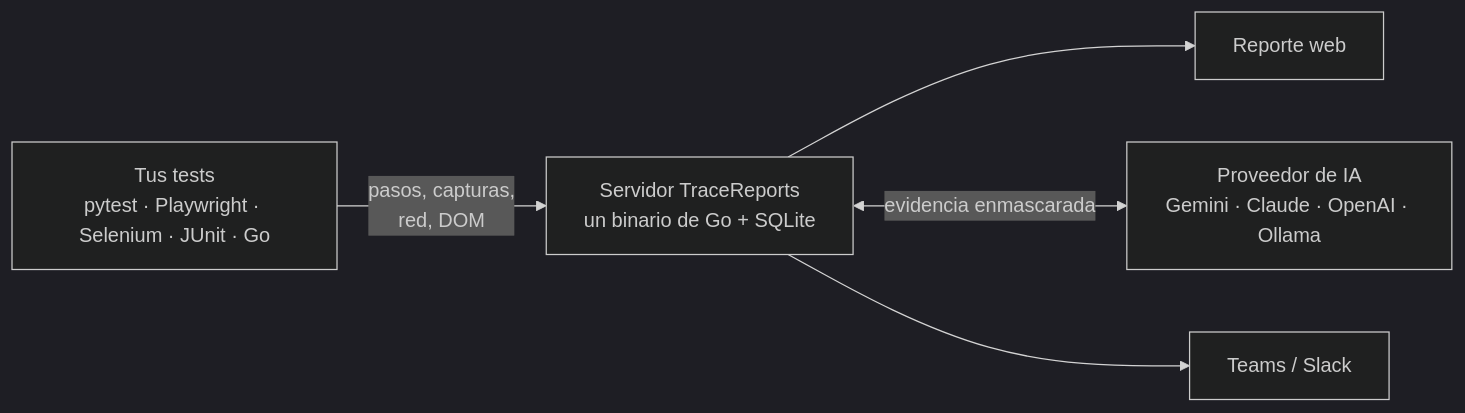
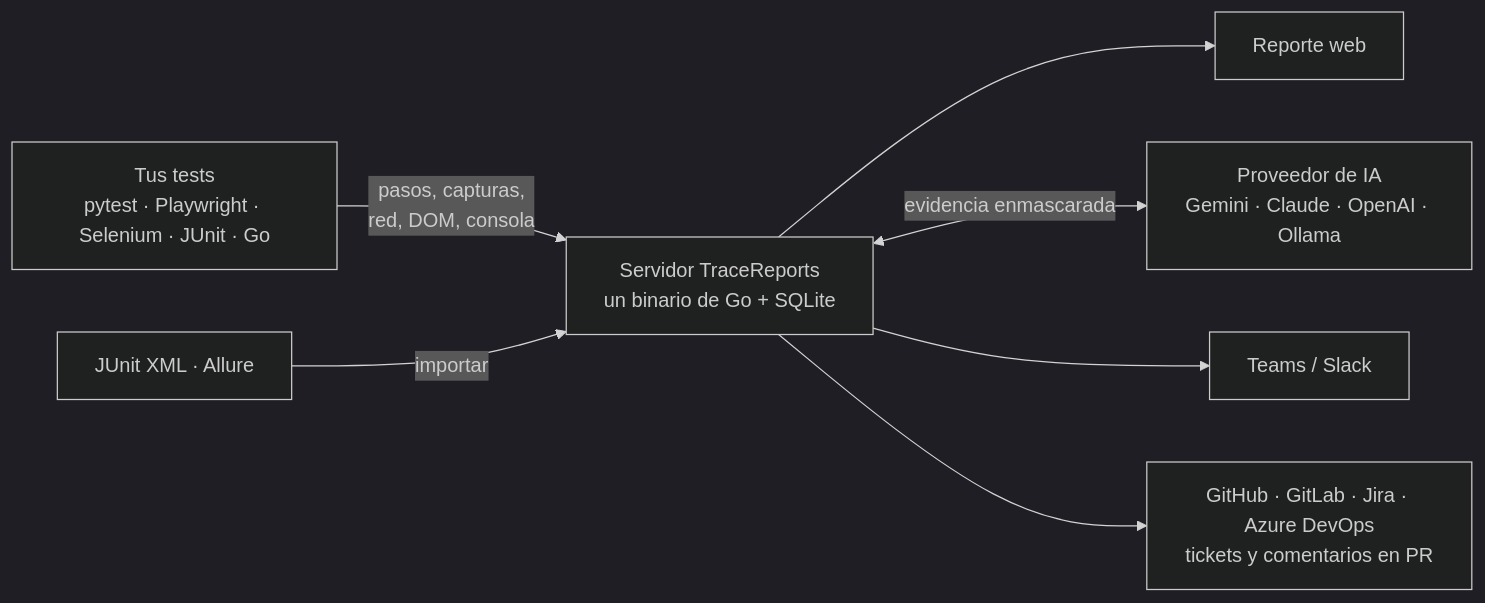
Before and after one commit to josemiguellopez/tracereports: the diagram in README.es.md, drawn with Mermaid (dark theme). The commit also changed other lines of this file and 9 other files, not shown here.

````diff
--- a/README.es.md
+++ b/README.es.md
@@ -175,7 +209,9 @@
 ```mermaid
 flowchart LR
-    T["Tus tests<br/>pytest · Playwright · Selenium · JUnit · Go"] -->|"pasos, capturas,<br/>red, DOM"| S["Servidor TraceReports<br/>un binario de Go + SQLite"]
+    T["Tus tests<br/>pytest · Playwright · Selenium · JUnit · Go"] -->|"pasos, capturas,<br/>red, DOM, consola"| S["Servidor TraceReports<br/>un binario de Go + SQLite"]
+    R["JUnit XML · Allure"] -->|importar| S
     S --> UI["Reporte web"]
     S <-->|"evidencia enmascarada"| AI["Proveedor de IA<br/>Gemini · Claude · OpenAI · Ollama"]
     S --> N["Teams / Slack"]
+    S --> TK["GitHub · GitLab · Jira · Azure DevOps<br/>tickets y comentarios en PR"]
 ```
````
